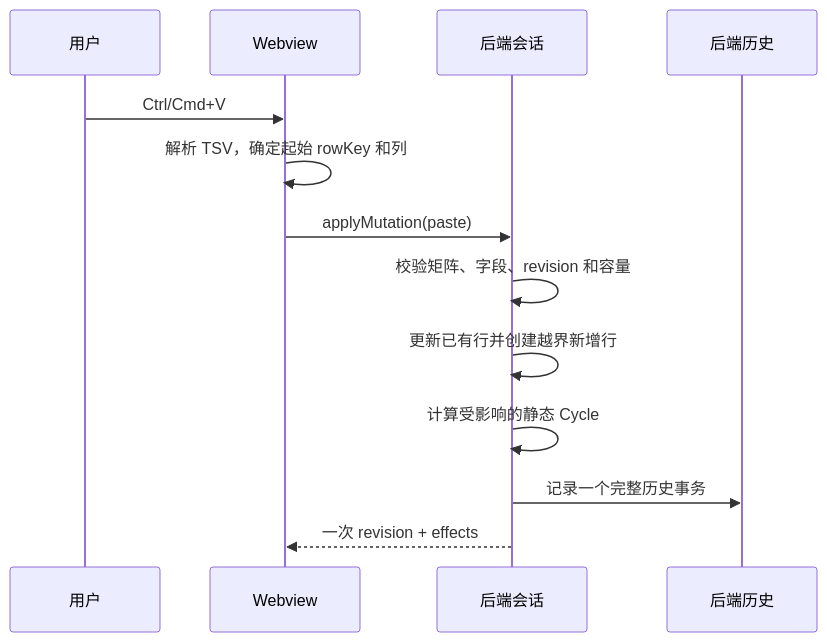
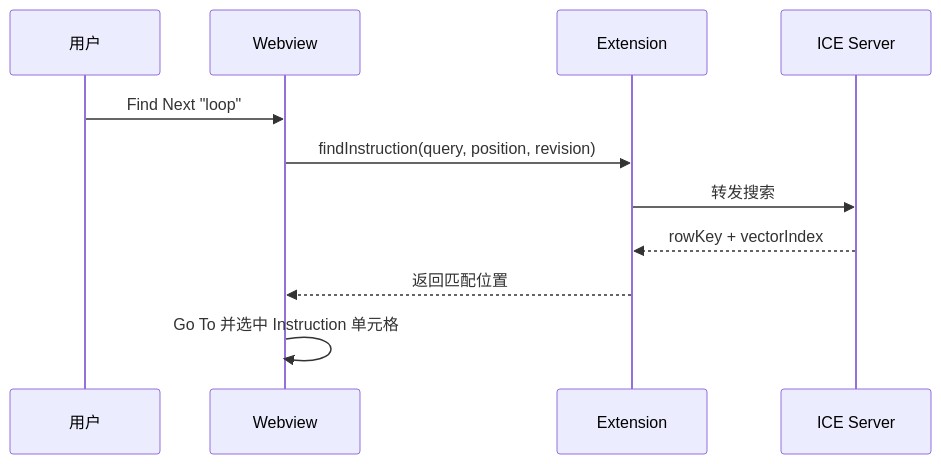
The ninth of 14 diagrams in docs/v22-lite-markdown-technical-solution.md (a306796405/huge-vtable), drawn with Mermaid before and after one commit. The commit also changed other lines of this file and 2 other files, not shown here.

Commit message:
docs: rewrite pattern solution for frontend and ice server

````diff
--- a/docs/v22-lite-markdown-technical-solution.md
+++ b/docs/v22-lite-markdown-technical-solution.md
@@ -421,16 +695,14 @@
 ```mermaid
 sequenceDiagram
     participant U as 用户
     participant W as Webview
-    participant B as 后端会话
-    participant H as 后端历史
+    participant E as Extension
+    participant I as ICE Server
 
-    U->>W: Ctrl/Cmd+V
-    W->>W: 解析 TSV，确定起始 rowKey 和列
-    W->>B: applyMutation(paste)
-    B->>B: 校验矩阵、字段、revision 和容量
-    B->>B: 更新已有行并创建越界新增行
-    B->>B: 计算受影响的静态 Cycle
-    B->>H: 记录一个完整历史事务
-    B-->>W: 一次 revision + effects
+    U->>W: Find Next "loop"
+    W->>E: findInstruction(query, position, revision)
+    E->>I: 转发搜索
+    I-->>E: rowKey + vectorIndex
+    E-->>W: 返回匹配位置
+    W->>W: Go To 并选中 Instruction 单元格
 ```
````
